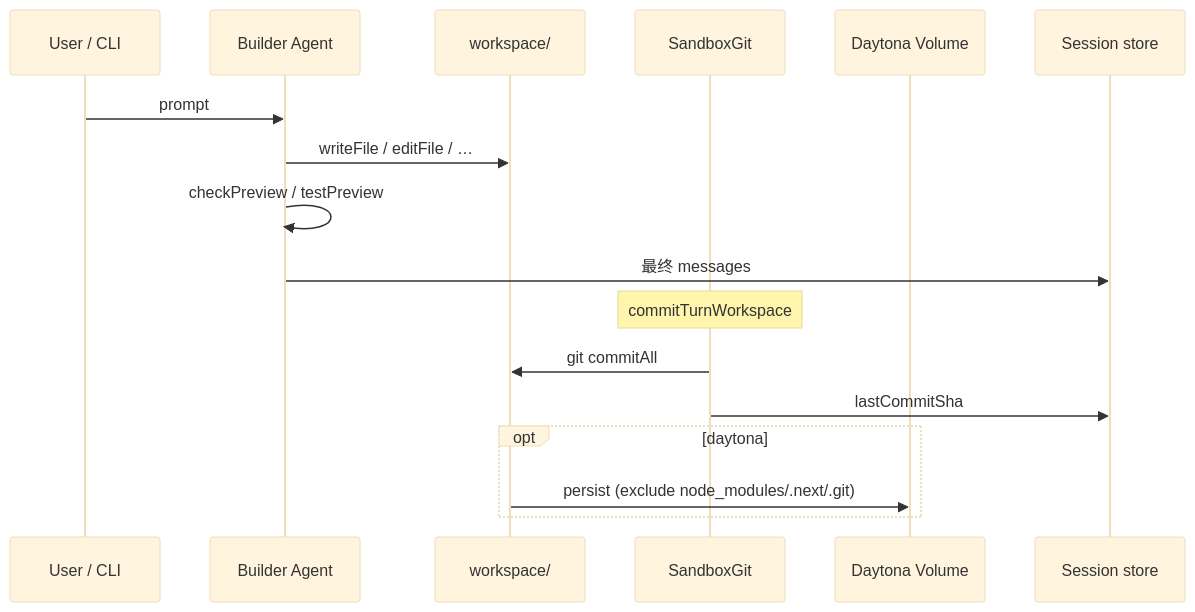
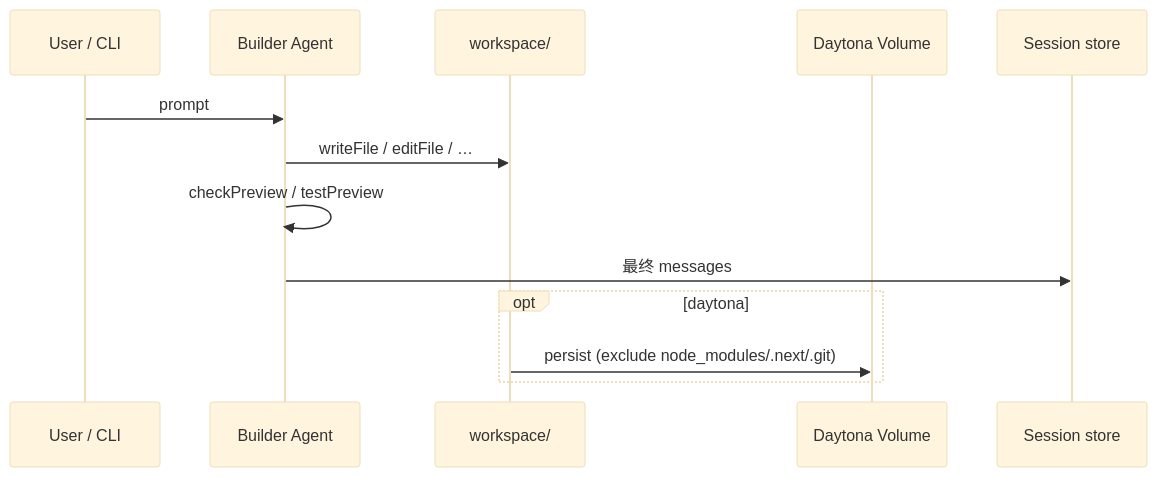
Before and after one commit to 1nFrastr/baby-lovable: the diagram in docs/DATA-MODEL.md, drawn with Mermaid (base theme). The commit also changed other lines of this file and 11 other files, not shown here.

First line of the commit message:
chore: delete workspace git module and daytona-git test

````diff
--- a/docs/DATA-MODEL.md
+++ b/docs/DATA-MODEL.md
@@ -50,20 +46,16 @@
 ```mermaid
 sequenceDiagram
   participant U as User / CLI
   participant A as Builder Agent
   participant W as workspace/
-  participant G as SandboxGit
   participant V as Daytona Volume
   participant S as Session store
 
   U->>A: prompt
   A->>W: writeFile / editFile / …
   A->>A: checkPreview / testPreview
   A->>S: 最终 messages
-  Note over G: commitTurnWorkspace
-  G->>W: git commitAll
-  G->>S: lastCommitSha
   opt daytona
     W->>V: persist (exclude node_modules/.next/.git)
   end
 ```
````
